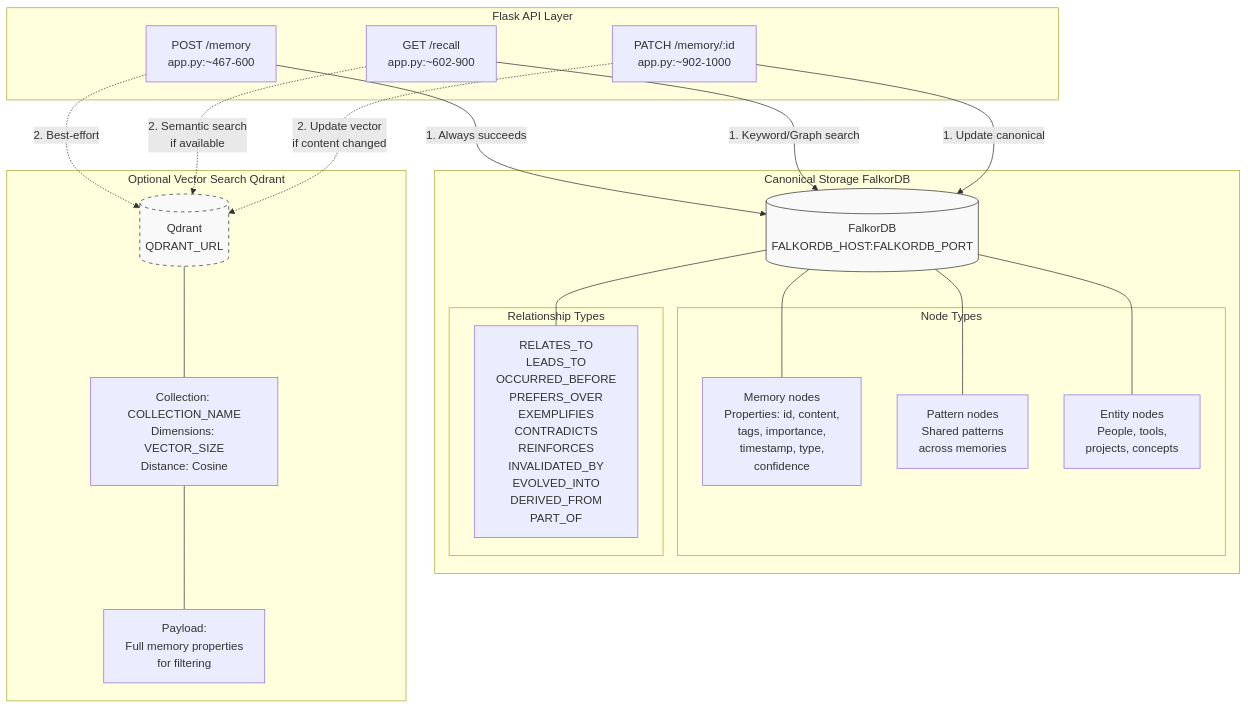
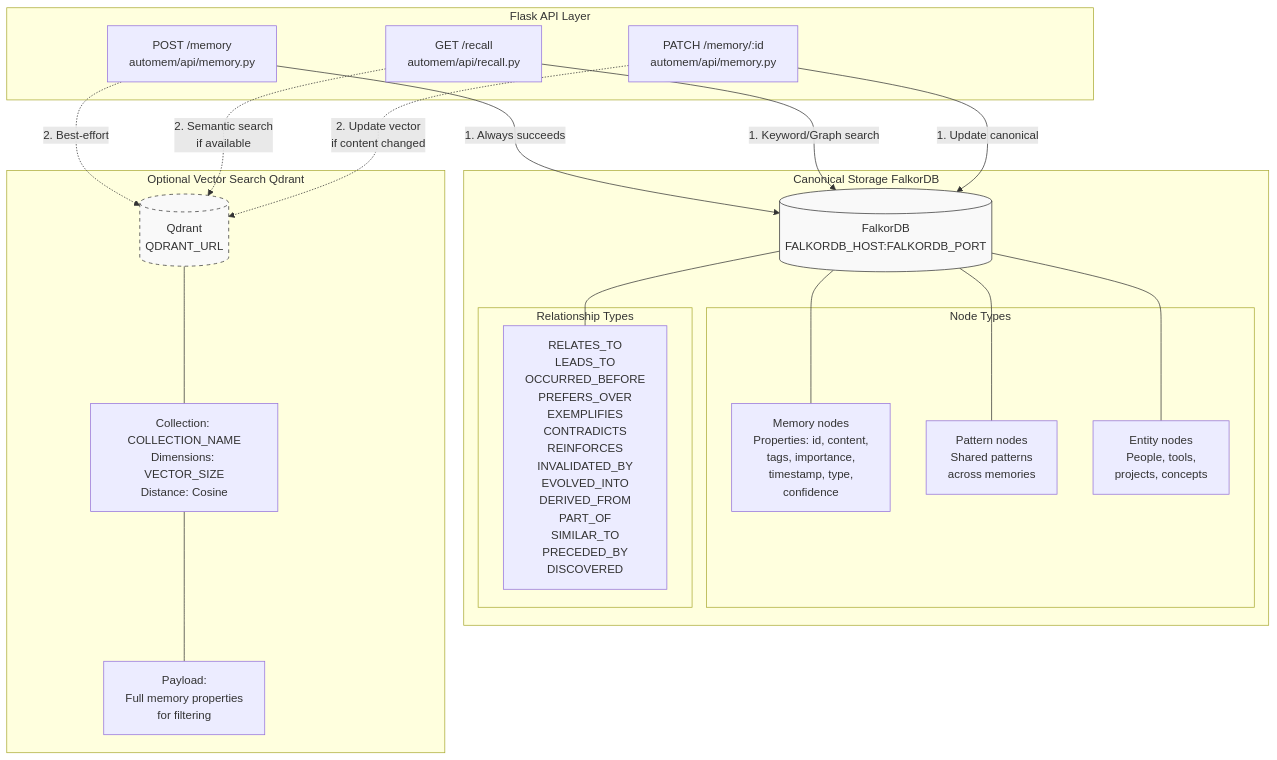
The third of 6 diagrams in src/content/docs/docs/overview.md (verygoodplugins/automem-website), drawn with Mermaid before and after one commit. The commit also changed other lines of this file and 52 other files, not shown here.

````diff
--- a/src/content/docs/docs/overview.md
+++ b/src/content/docs/docs/overview.md
@@ -173,48 +173,48 @@
 ```mermaid
 graph TB
     subgraph api["Flask API Layer"]
-        StoreMemory["POST /memory<br/>app.py:~467-600"]
-        RecallMemory["GET /recall<br/>app.py:~602-900"]
-        UpdateMemory["PATCH /memory/:id<br/>app.py:~902-1000"]
+        StoreMemory["POST /memory<br/>automem/api/memory.py"]
+        RecallMemory["GET /recall<br/>automem/api/recall.py"]
+        UpdateMemory["PATCH /memory/:id<br/>automem/api/memory.py"]
     end
 
     subgraph canonical["Canonical Storage FalkorDB"]
         GraphDB[("FalkorDB<br/>FALKORDB_HOST:FALKORDB_PORT")]
 
         subgraph nodes["Node Types"]
             MemoryNode["Memory nodes<br/>Properties: id, content,<br/>tags, importance,<br/>timestamp, type,<br/>confidence"]
             PatternNode["Pattern nodes<br/>Shared patterns<br/>across memories"]
             EntityNode["Entity nodes<br/>People, tools,<br/>projects, concepts"]
         end
 
         subgraph edges["Relationship Types"]
-            RelTypes["RELATES_TO<br/>LEADS_TO<br/>OCCURRED_BEFORE<br/>PREFERS_OVER<br/>EXEMPLIFIES<br/>CONTRADICTS<br/>REINFORCES<br/>INVALIDATED_BY<br/>EVOLVED_INTO<br/>DERIVED_FROM<br/>PART_OF"]
+            RelTypes["RELATES_TO<br/>LEADS_TO<br/>OCCURRED_BEFORE<br/>PREFERS_OVER<br/>EXEMPLIFIES<br/>CONTRADICTS<br/>REINFORCES<br/>INVALIDATED_BY<br/>EVOLVED_INTO<br/>DERIVED_FROM<br/>PART_OF<br/>SIMILAR_TO<br/>PRECEDED_BY<br/>DISCOVERED"]
         end
     end
 
     subgraph optional["Optional Vector Search Qdrant"]
         VectorDB[("Qdrant<br/>QDRANT_URL")]
         Collection["Collection: COLLECTION_NAME<br/>Dimensions: VECTOR_SIZE<br/>Distance: Cosine"]
         Payload["Payload:<br/>Full memory properties<br/>for filtering"]
     end
 
     StoreMemory -->|"1. Always succeeds"| GraphDB
     StoreMemory -.->|"2. Best-effort"| VectorDB
 
     RecallMemory -->|"1. Keyword/Graph search"| GraphDB
     RecallMemory -.->|"2. Semantic search<br/>if available"| VectorDB
 
     UpdateMemory -->|"1. Update canonical"| GraphDB
     UpdateMemory -.->|"2. Update vector<br/>if content changed"| VectorDB
 
     GraphDB --- MemoryNode
     GraphDB --- PatternNode
     GraphDB --- EntityNode
     GraphDB --- RelTypes
 
     VectorDB --- Collection
     Collection --- Payload
 
     style GraphDB fill:#f9f9f9,stroke:#333
     style VectorDB fill:#f9f9f9,stroke:#333,stroke-dasharray: 5 5
 ```
````
